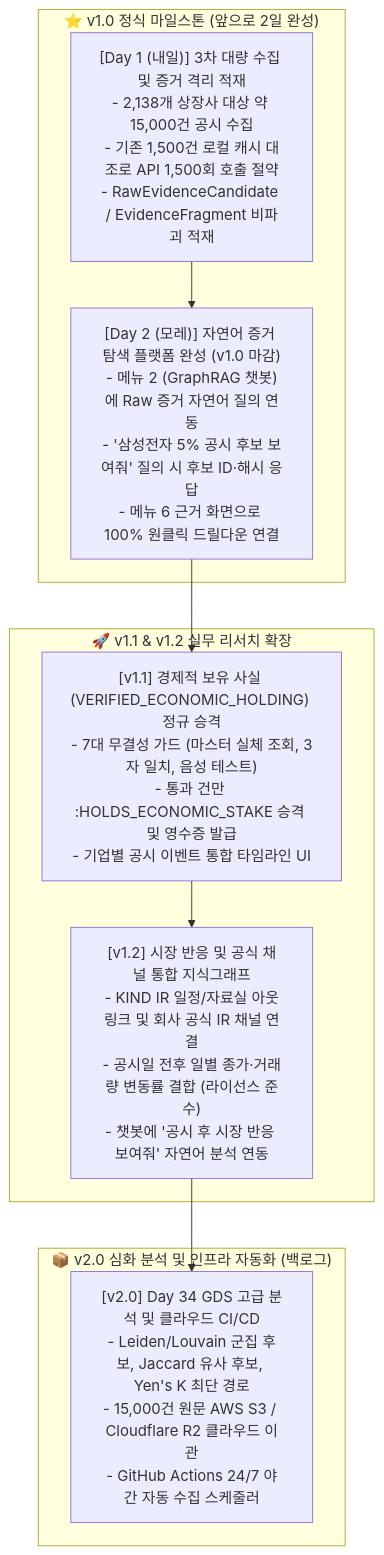
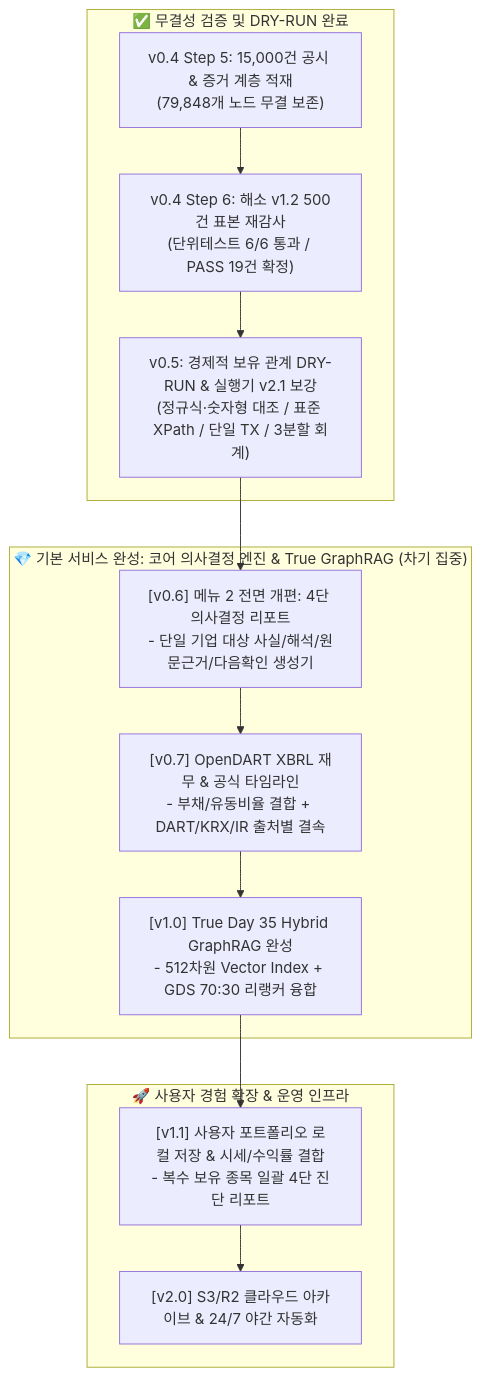
The diagram in 내작업폴더/schedule.md (mycar4/enkoa-practice-knowledge-graph), drawn with Mermaid before and after one commit. The commit also changed other lines of this file and 124 other files, not shown here.

Commit message:
feat: complete Phase 3 DART-Trace pipeline, add Day 34-35 materials, sync manifests and tools

````diff
--- a/내작업폴더/schedule.md
+++ b/내작업폴더/schedule.md
@@ -58,19 +69,22 @@
 ```mermaid
 flowchart TD
-    subgraph CoreMVP ["⭐ v1.0 정식 마일스톤 (앞으로 2일 완성)"]
-        D1["[Day 1 (내일)] 3차 대량 수집 및 증거 격리 적재\n- 2,138개 상장사 대상 약 15,000건 공시 수집\n- 기존 1,500건 로컬 캐시 대조로 API 1,500회 호출 절약\n- RawEvidenceCandidate / EvidenceFragment 비파괴 적재"]
-        D2["[Day 2 (모레)] 자연어 증거 탐색 플랫폼 완성 (v1.0 마감)\n- 메뉴 2 (GraphRAG 챗봇)에 Raw 증거 자연어 질의 연동\n- '삼성전자 5% 공시 후보 보여줘' 질의 시 후보 ID·해시 응답\n- 메뉴 6 근거 화면으로 100% 원클릭 드릴다운 연결"]
-        D1 --> D2
+    subgraph Phase_v04_v05 ["✅ 무결성 검증 및 DRY-RUN 완료"]
+        S5["v0.4 Step 5: 15,000건 공시 & 증거 계층 적재\n(79,848개 노드 무결 보존)"]
+        S6["v0.4 Step 6: 해소 v1.2 500건 표본 재감사\n(단위테스트 6/6 통과 / PASS 19건 확정)"]
+        V05["v0.5: 경제적 보유 관계 DRY-RUN & 실행기 v2.1 보강\n(정규식·숫자형 대조 / 표준 XPath / 단일 TX / 3분할 회계)"]
+        S5 --> S6 --> V05
     end
 
-    subgraph Expansion ["🚀 v1.1 & v1.2 실무 리서치 확장"]
-        E1["[v1.1] 경제적 보유 사실 (VERIFIED_ECONOMIC_HOLDING) 정규 승격\n- 7대 무결성 가드 (마스터 실체 조회, 3자 일치, 음성 테스트)\n- 통과 건만 :HOLDS_ECONOMIC_STAKE 승격 및 영수증 발급\n- 기업별 공시 이벤트 통합 타임라인 UI"]
-        E2["[v1.2] 시장 반응 및 공식 채널 통합 지식그래프\n- KIND IR 일정/자료실 아웃링크 및 회사 공식 IR 채널 연결\n- 공시일 전후 일별 종가·거래량 변동률 결합 (라이선스 준수)\n- 챗봇에 '공시 후 시장 반응 보여줘' 자연어 분석 연동"]
+    subgraph Phase_v06_v10 ["💎 기본 서비스 완성: 코어 의사결정 엔진 & True GraphRAG (차기 집중)"]
+        V06["[v0.6] 메뉴 2 전면 개편: 4단 의사결정 리포트\n- 단일 기업 대상 사실/해석/원문근거/다음확인 생성기"]
+        V07["[v0.7] OpenDART XBRL 재무 & 공식 타임라인\n- 부채/유동비율 결합 + DART/KRX/IR 출처별 결속"]
+        V10["[v1.0] True Day 35 Hybrid GraphRAG 완성\n- 512차원 Vector Index + GDS 70:30 리랭커 융합"]
+        V05 --> V06 --> V07 --> V10
     end
 
-    subgraph Backlog ["📦 v2.0 심화 분석 및 인프라 자동화 (백로그)"]
-        B1["[v2.0] Day 34 GDS 고급 분석 및 클라우드 CI/CD\n- Leiden/Louvain 군집 후보, Jaccard 유사 후보, Yen's K 최단 경로\n- 15,000건 원문 AWS S3 / Cloudflare R2 클라우드 이관\n- GitHub Actions 24/7 야간 자동 수집 스케줄러"]
+    subgraph Phase_v11_v20 ["🚀 사용자 경험 확장 & 운영 인프라"]
+        V11["[v1.1] 사용자 포트폴리오 로컬 저장 & 시세/수익률 결합\n- 복수 보유 종목 일괄 4단 진단 리포트"]
+        V20["[v2.0] S3/R2 클라우드 아카이브 & 24/7 야간 자동화"]
+        V10 --> V11 --> V20
     end
-
-    D2 --> E1 --> E2 --> B1
 ```
````
